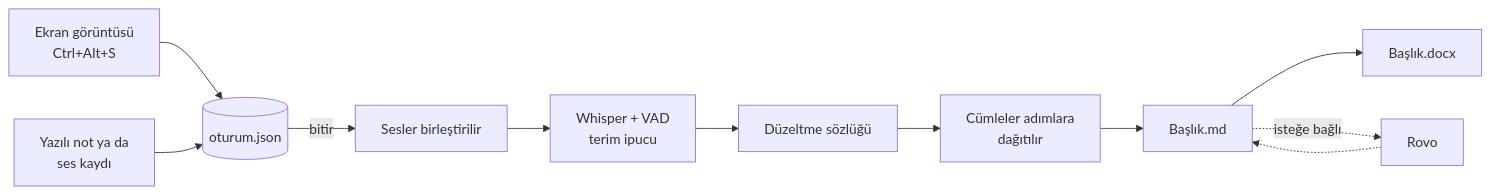
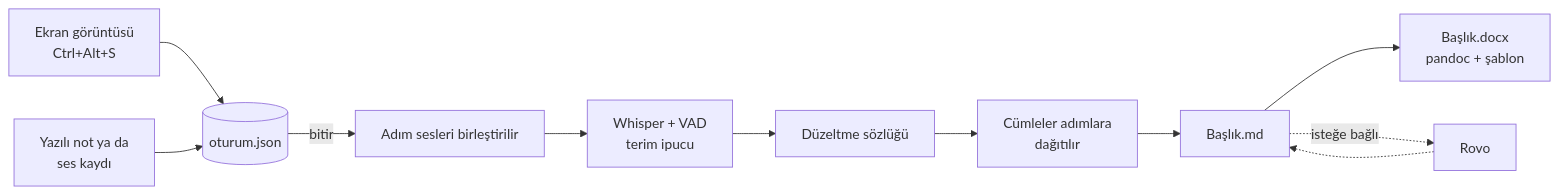
Before and after one commit to miracmenekse/adimadim: the diagram in README.tr.md, drawn with Mermaid. The commit also changed other lines of this file and 1 other file, not shown here.

````diff
--- a/README.tr.md
+++ b/README.tr.md
@@ -39,12 +46,12 @@
 ```mermaid
 flowchart LR
     A[Ekran görüntüsü<br>Ctrl+Alt+S] --> O[(oturum.json)]
     B[Yazılı not ya da<br>ses kaydı] --> O
-    O -->|bitir| C[Sesler birleştirilir]
+    O -->|bitir| C[Adım sesleri birleştirilir]
     C --> D[Whisper + VAD<br>terim ipucu]
     D --> E[Düzeltme sözlüğü]
     E --> F[Cümleler adımlara<br>dağıtılır]
     F --> G[Başlık.md]
-    G --> H[Başlık.docx]
+    G --> H[Başlık.docx<br>pandoc + şablon]
     G -.->|isteğe bağlı| R[Rovo] -.-> G
 ```
````
